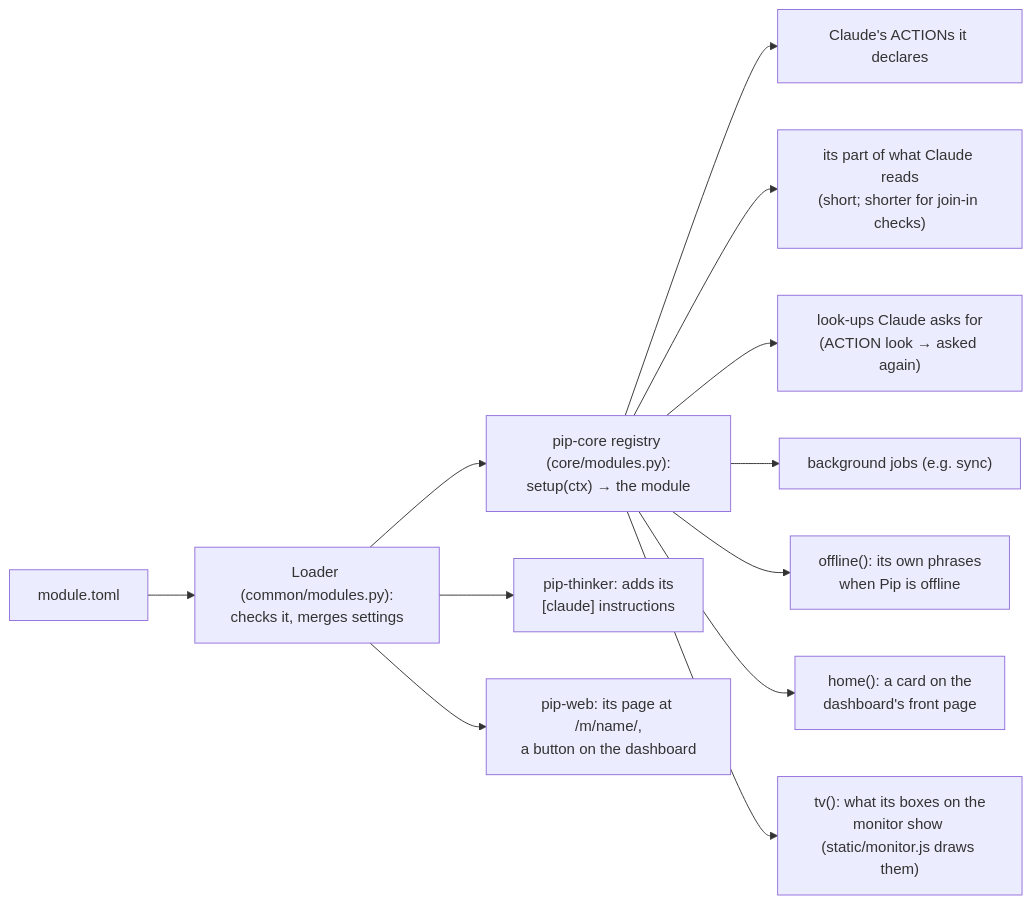
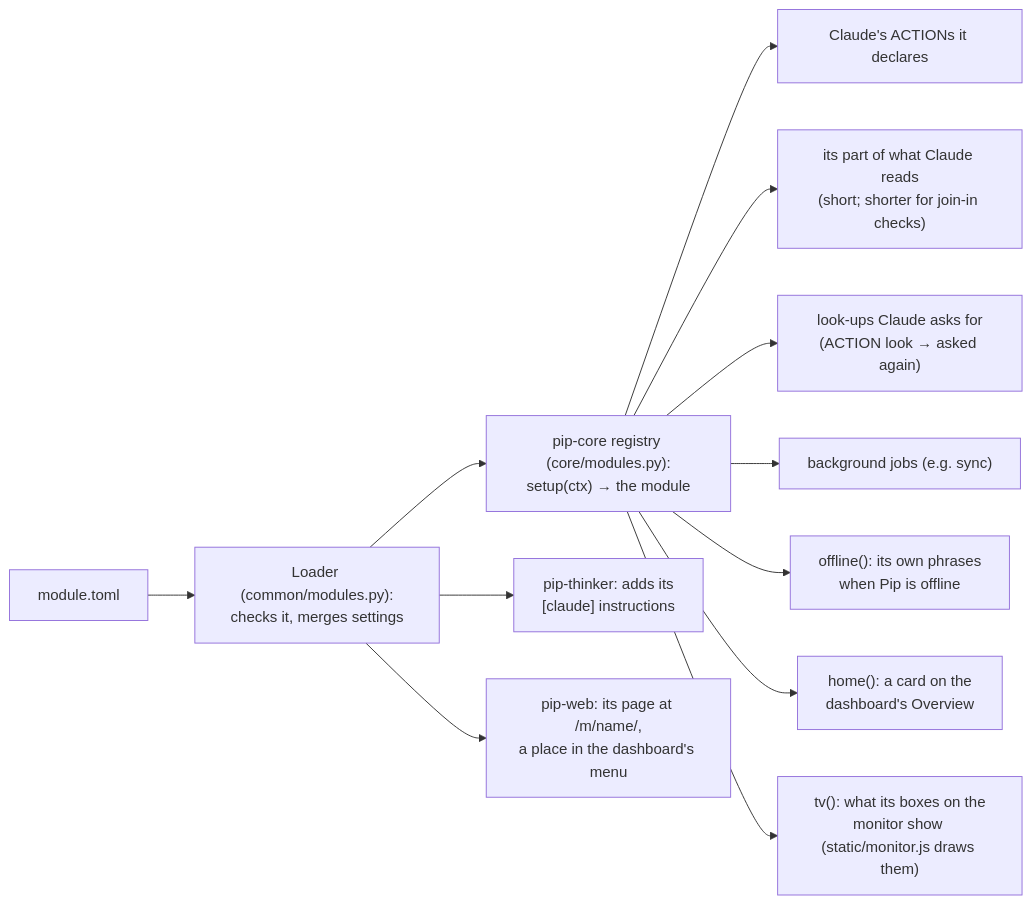
One commit to LandenHeine17/pip changed the fourth of 5 diagrams in docs/ARCHITECTURE.md. Above: the diagram before and after it, drawn with Mermaid. The commit also changed other lines of this file and 66 other files, not shown here.

First line of the commit message:
The dashboard redesigned: one menu on every page, an Overview, and a page for everything (D-148)

````diff
--- a/docs/ARCHITECTURE.md
+++ b/docs/ARCHITECTURE.md
@@ -203,14 +203,14 @@
 ```mermaid
 flowchart LR
     T["module.toml"] --> L["Loader (common/modules.py):<br/>checks it, merges settings"]
     L --> CORE["pip-core registry (core/modules.py):<br/>setup(ctx) → the module"]
     L --> TH["pip-thinker: adds its<br/>[claude] instructions"]
-    L --> WEB["pip-web: its page at /m/name/,<br/>a button on the dashboard"]
+    L --> WEB["pip-web: its page at /m/name/,<br/>a place in the dashboard's menu"]
     CORE --> A["Claude's ACTIONs it declares"]
     CORE --> S["its part of what Claude reads<br/>(short; shorter for join-in checks)"]
     CORE --> LK["look-ups Claude asks for<br/>(ACTION look → asked again)"]
     CORE --> J["background jobs (e.g. sync)"]
     CORE --> OFF["offline(): its own phrases<br/>when Pip is offline"]
-    CORE --> HOME["home(): a card on the<br/>dashboard's front page"]
+    CORE --> HOME["home(): a card on the<br/>dashboard's Overview"]
     CORE --> TV["tv(): what its boxes on the<br/>monitor show (static/monitor.js draws them)"]
 ```
````
